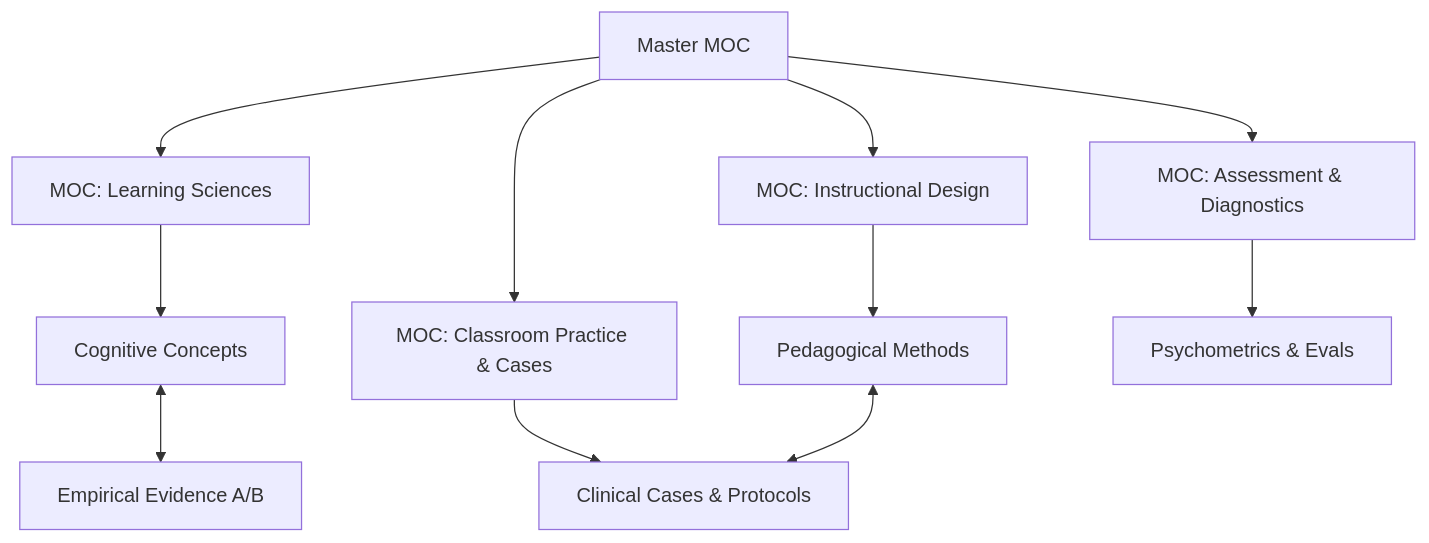
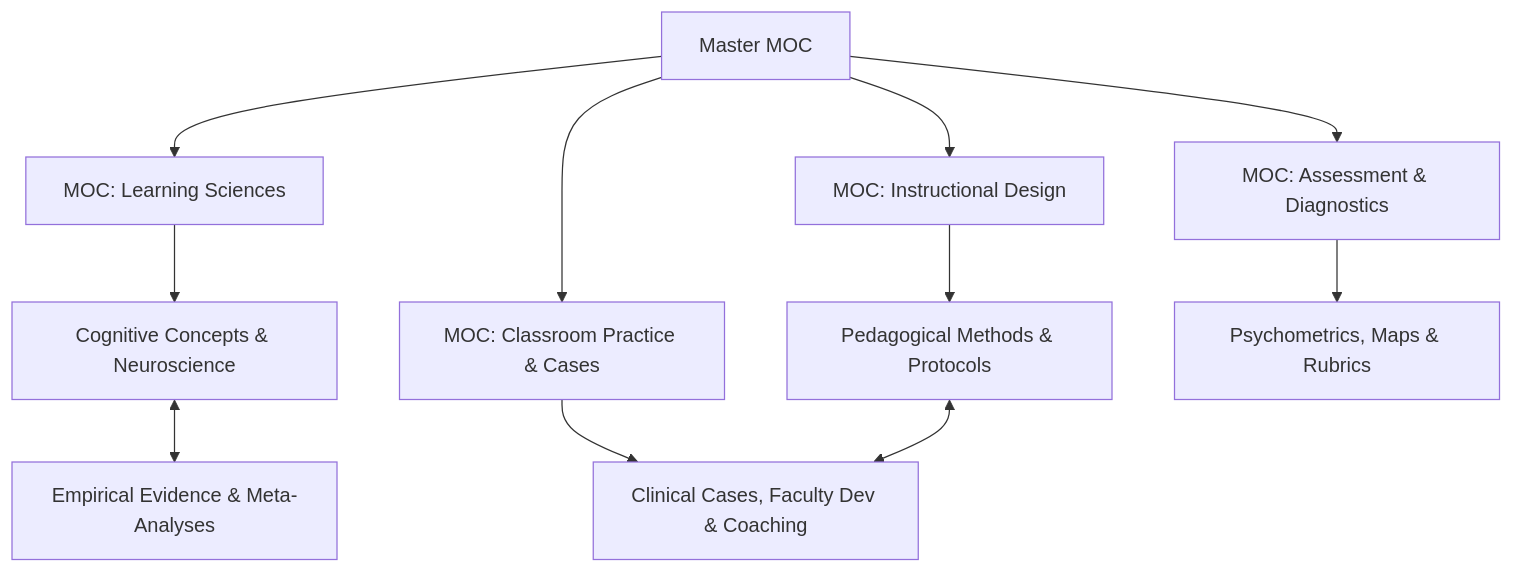
Before and after one commit to jangtrinh/design-os-pedagogy: the diagram in 00-navigation/MOC-Master.md, drawn with Mermaid. The commit also changed other lines of this file and 31 other files, not shown here.

Commit message:
feat(knowledge): 100% comprehensive topic coverage across foundations, disciplines, capabilities, evidence, and rubrics

````diff
--- a/00-navigation/MOC-Master.md
+++ b/00-navigation/MOC-Master.md
@@ -14,15 +14,15 @@
 ```mermaid
 graph TD
     MOC[Master MOC] --> LS[MOC: Learning Sciences]
     MOC --> ID[MOC: Instructional Design]
     MOC --> AS[MOC: Assessment & Diagnostics]
     MOC --> CP[MOC: Classroom Practice & Cases]
     
-    LS --> Concepts[Cognitive Concepts]
-    ID --> Methods[Pedagogical Methods]
-    AS --> Evals[Psychometrics & Evals]
-    CP --> Cases[Clinical Cases & Protocols]
+    LS --> Concepts[Cognitive Concepts & Neuroscience]
+    ID --> Methods[Pedagogical Methods & Protocols]
+    AS --> Evals[Psychometrics, Maps & Rubrics]
+    CP --> Cases[Clinical Cases, Faculty Dev & Coaching]
     
-    Concepts <--> Evidence[Empirical Evidence A/B]
+    Concepts <--> Evidence[Empirical Evidence & Meta-Analyses]
     Methods <--> Cases
 ```
````
